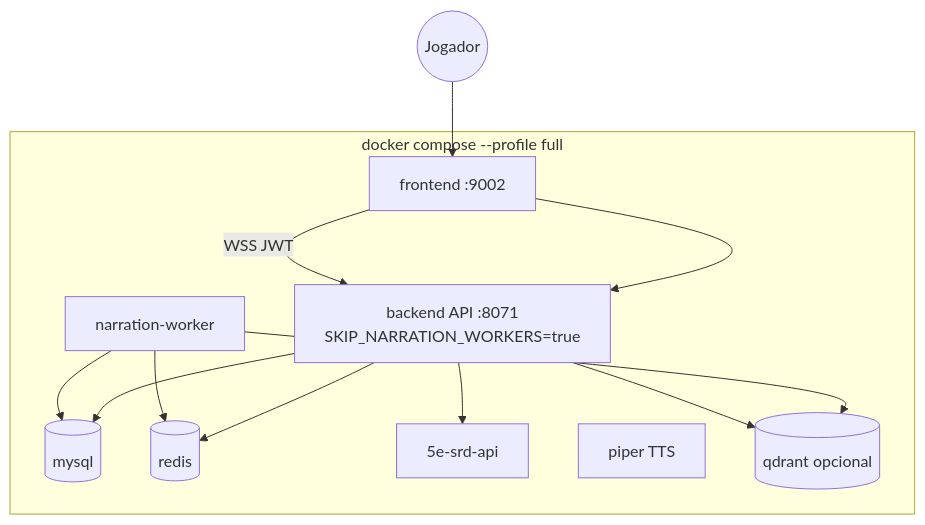
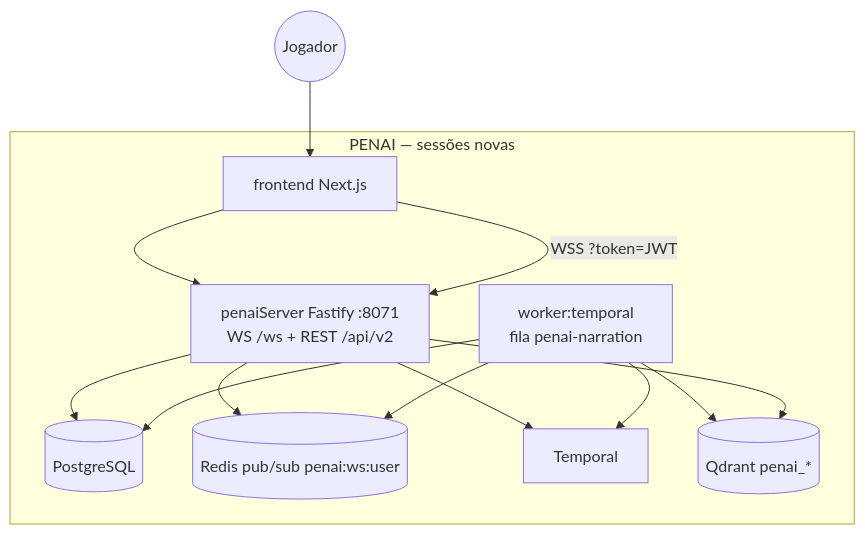
Before and after one commit to edsoncantuaria/dndai: the fifth of 11 diagrams in docs/ECOSSISTEMA.md, drawn with Mermaid. The commit also changed other lines of this file and 22 other files, not shown here.

````diff
--- a/docs/ECOSSISTEMA.md
+++ b/docs/ECOSSISTEMA.md
@@ -226,23 +239,23 @@
 ```mermaid
 flowchart TB
-    subgraph Docker_full["docker compose --profile full"]
-        FE[frontend :9002]
-        BE[backend API :8071<br/>SKIP_NARRATION_WORKERS=true]
-        NW[narration-worker]
-        MY[(mysql)]
-        RD[(redis)]
-        SRD[5e-srd-api]
-        PI[piper TTS]
-        QD[(qdrant opcional)]
+    subgraph PENAI["PENAI — sessões novas"]
+        FE[frontend Next.js]
+        API[penaiServer Fastify :8071<br/>WS /ws + REST /api/v2]
+        TW[worker:temporal<br/>fila penai-narration]
+        PG[(PostgreSQL)]
+        RD[(Redis pub/sub penai:ws:user)]
+        TMP[Temporal]
+        QD[(Qdrant penai_*)]
     end
     User((Jogador)) --> FE
-    FE --> BE
-    FE -->|WSS JWT| BE
-    BE --> MY
-    BE --> RD
-    BE --> SRD
-    NW --> RD
-    NW --> MY
-    NW --> QD
-    BE --> QD
+    FE --> API
+    FE -->|WSS ?token=JWT| API
+    API --> PG
+    API --> RD
+    API --> TMP
+    TW --> TMP
+    TW --> RD
+    TW --> PG
+    TW --> QD
+    API --> QD
 ```
````
